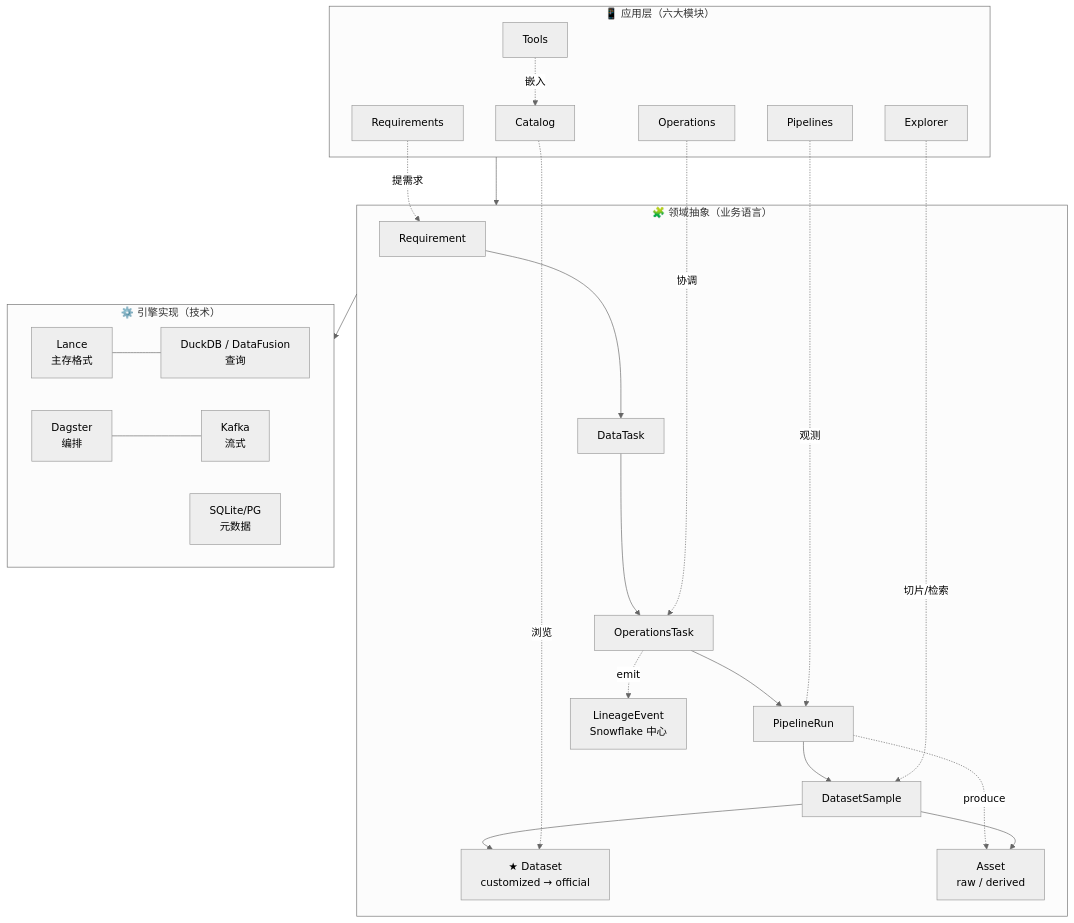
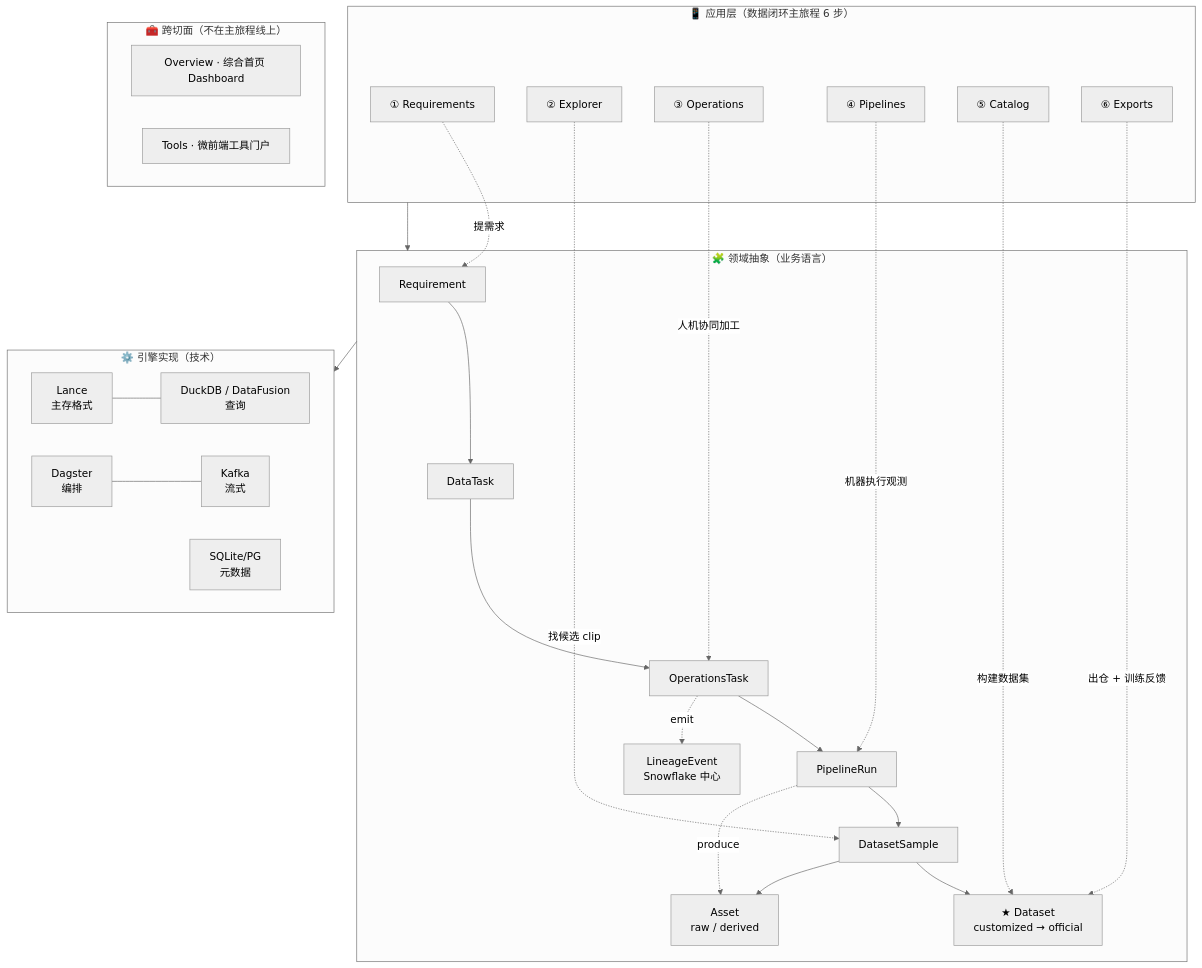
The diagram in docs/architecture/overview.md (gray-cgm/ai-native-data-engine), drawn with Mermaid (neutral theme) before and after one commit. The commit also changed 29 other files, not shown here.

````diff
--- a/docs/architecture/overview.md
+++ b/docs/architecture/overview.md
@@ -16,30 +16,35 @@
 ```mermaid
 flowchart TB
     subgraph Domain["🧩 领域抽象（业务语言）"]
         REQ[Requirement] --> DT[DataTask] --> OPS[OperationsTask] --> RUN[PipelineRun]
         RUN --> SAMPLE[DatasetSample] --> DS[★ Dataset<br/>customized → official]
         ASSET[Asset<br/>raw / derived]
         EVT[LineageEvent<br/>Snowflake 中心]
         OPS -. emit .-> EVT
         RUN -. produce .-> ASSET
         SAMPLE --> ASSET
     end
 
     subgraph Eng["⚙️ 引擎实现（技术）"]
         L[Lance<br/>主存格式] --- D[DuckDB / DataFusion<br/>查询]
         DAG[Dagster<br/>编排] --- KAF[Kafka<br/>流式]
         SQL[SQLite/PG<br/>元数据]
     end
 
-    subgraph App["📱 应用层（六大模块）"]
-        CAT[Catalog] -. 浏览 .-> DS
-        REQM[Requirements] -. 提需求 .-> REQ
-        EXP[Explorer] -. 切片/检索 .-> SAMPLE
-        OPSM[Operations] -. 协调 .-> OPS
-        PIPE[Pipelines] -. 观测 .-> RUN
-        TOOL[Tools] -. 嵌入 .-> CAT
+    subgraph App["📱 应用层（数据闭环主旅程 6 步）"]
+        REQM[① Requirements] -. 提需求 .-> REQ
+        EXP[② Explorer] -. 找候选 clip .-> SAMPLE
+        OPSM[③ Operations] -. 人机协同加工 .-> OPS
+        PIPE[④ Pipelines] -. 机器执行观测 .-> RUN
+        CAT[⑤ Catalog] -. 构建数据集 .-> DS
+        EXPORTS[⑥ Exports] -. 出仓 + 训练反馈 .-> DS
+    end
+
+    subgraph Sidecar["🧰 跨切面（不在主旅程线上）"]
+        OV[Overview · 综合首页 Dashboard]
+        TOOL[Tools · 微前端工具门户]
     end
 
     Domain --> Eng
     App --> Domain
 ```
````
